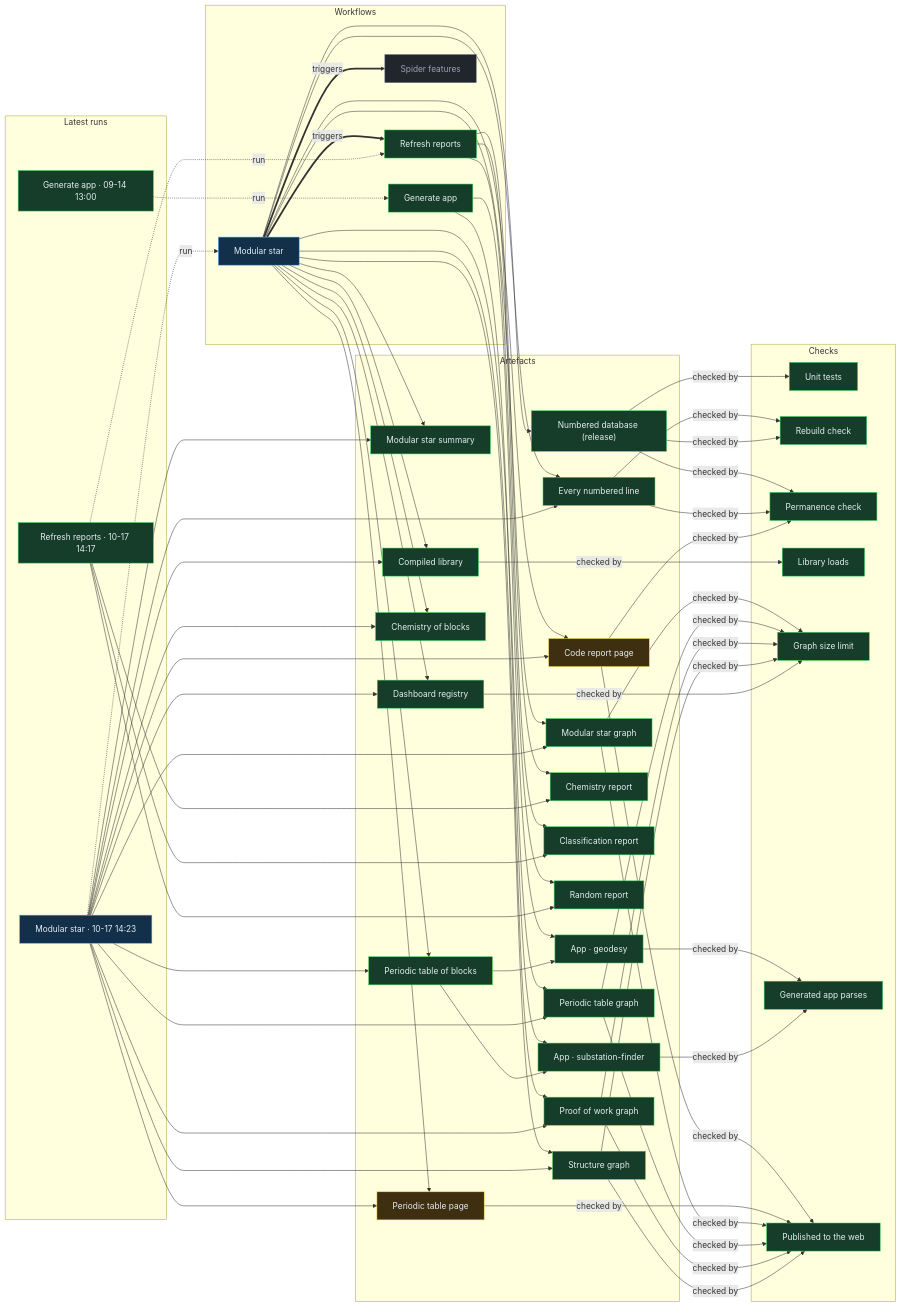
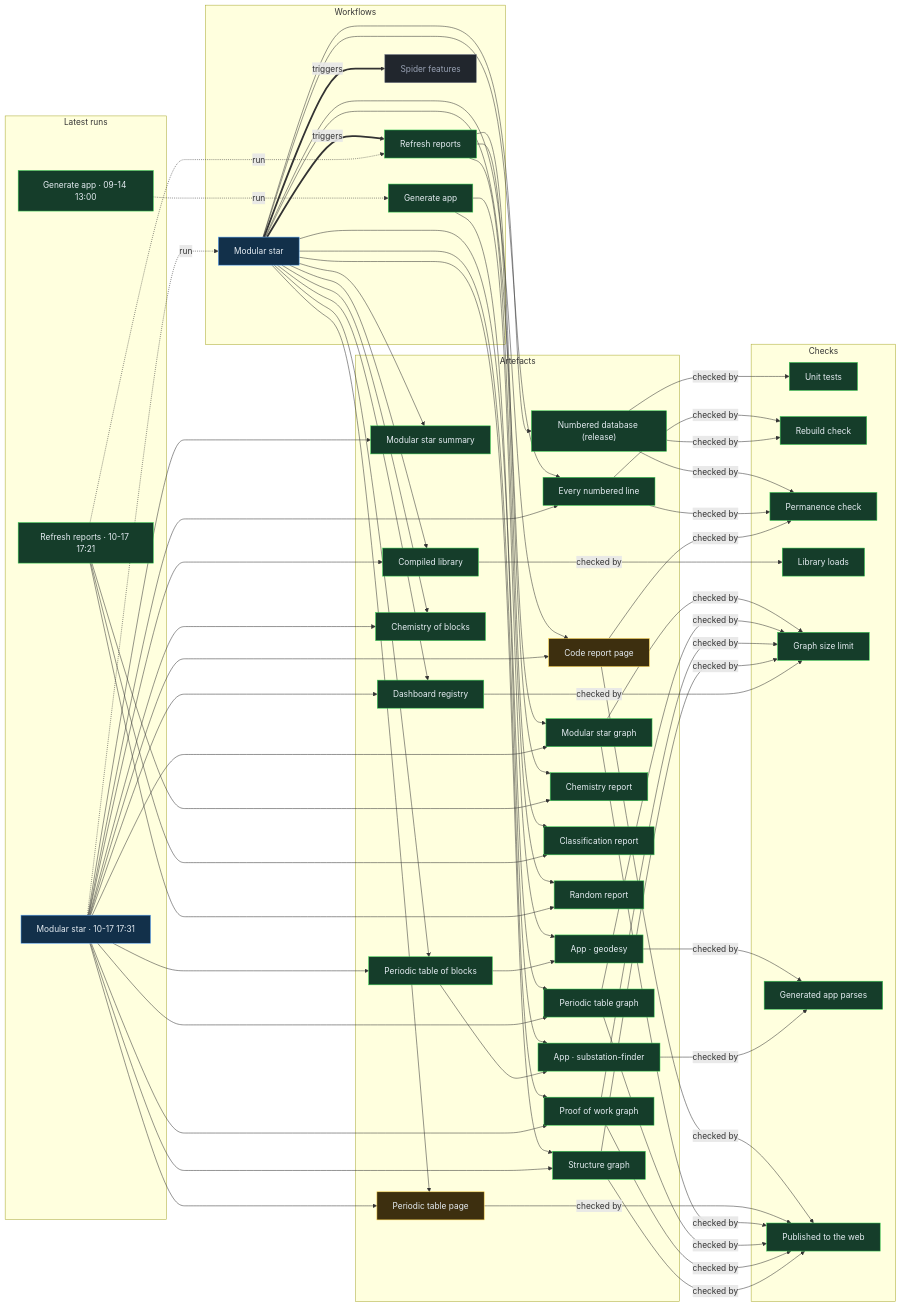
One commit to Ventusltd/stars changed the diagram in proof/PROOF.md. Above: the diagram before and after it, drawn with Mermaid. The commit also changed other lines of this file and 44 other files, not shown here.

Commit message:
Modular star 2026-10-17T17:33Z

```diff
--- a/proof/PROOF.md
+++ b/proof/PROOF.md
@@ -24,8 +24,8 @@
   n_wf_spider_features["Spider features"]:::off
   end
   subgraph g_runs["Latest runs"]
-  n_run_39040538874["Modular star · 10-17 14:23"]:::live
-  n_run_39040111816["Refresh reports · 10-17 14:17"]:::ok
+  n_run_39054120232["Modular star · 10-17 17:31"]:::live
+  n_run_39053394096["Refresh reports · 10-17 17:21"]:::ok
   n_run_34846587798["Generate app · 09-14 13:00"]:::ok
   end
   subgraph g_artefacts["Artefacts"]
@@ -59,39 +59,39 @@
   end
   n_wf_modular_star == triggers ==> n_wf_refresh
   n_wf_modular_star == triggers ==> n_wf_spider_features
-  n_run_39040538874 -. run .-> n_wf_modular_star
-  n_run_39040111816 -. run .-> n_wf_refresh
+  n_run_39054120232 -. run .-> n_wf_modular_star
+  n_run_39053394096 -. run .-> n_wf_refresh
   n_run_34846587798 -. run .-> n_wf_generate
   n_wf_modular_star --> n_art_summary
-  n_run_39040538874 --> n_art_summary
+  n_run_39054120232 --> n_art_summary
   n_wf_modular_star --> n_art_lines
-  n_run_39040538874 --> n_art_lines
+  n_run_39054120232 --> n_art_lines
   n_wf_modular_star --> n_art_code
-  n_run_39040538874 --> n_art_code
+  n_run_39054120232 --> n_art_code
   n_wf_modular_star --> n_art_modular_graph
-  n_run_39040538874 --> n_art_modular_graph
+  n_run_39054120232 --> n_art_modular_graph
   n_wf_modular_star --> n_art_blocks
-  n_run_39040538874 --> n_art_blocks
+  n_run_39054120232 --> n_art_blocks
   n_wf_modular_star --> n_art_table
-  n_run_39040538874 --> n_art_table
+  n_run_39054120232 --> n_art_table
   n_wf_modular_star --> n_art_blocks_graph
-  n_run_39040538874 --> n_art_blocks_graph
+  n_run_39054120232 --> n_art_blocks_graph
   n_wf_modular_star --> n_art_reactions
-  n_run_39040538874 --> n_art_reactions
+  n_run_39054120232 --> n_art_reactions
   n_wf_modular_star --> n_art_library
-  n_run_39040538874 --> n_art_library
+  n_run_39054120232 --> n_art_library
   n_wf_modular_star --> n_art_features
-  n_run_39040538874 --> n_art_features
+  n_run_39054120232 --> n_art_features
   n_wf_modular_star --> n_art_proof
-  n_run_39040538874 --> n_art_proof
+  n_run_39054120232 --> n_art_proof
   n_wf_modular_star --> n_art_structure
-  n_run_39040538874 --> n_art_structure
+  n_run_39054120232 --> n_art_structure
   n_wf_refresh --> n_art_chemistry
-  n_run_39040111816 --> n_art_chemistry
+  n_run_39053394096 --> n_art_chemistry
   n_wf_refresh --> n_art_vedic
-  n_run_39040111816 --> n_art_vedic
+  n_run_39053394096 --> n_art_vedic
   n_wf_refresh --> n_art_random
-  n_run_39040111816 --> n_art_random
+  n_run_39053394096 --> n_art_random
   n_wf_modular_star --> n_art_release
   n_wf_generate --> n_app_geodesy
   n_art_blocks --> n_app_geodesy
```
